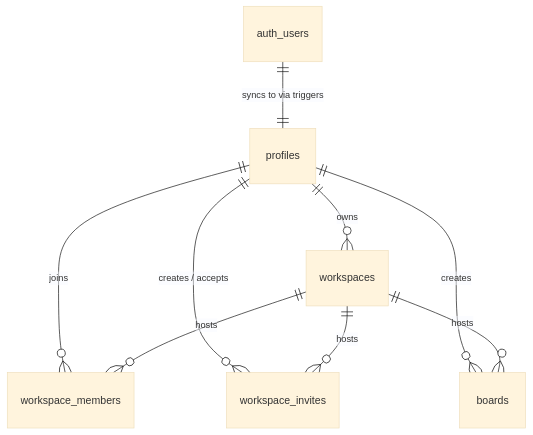
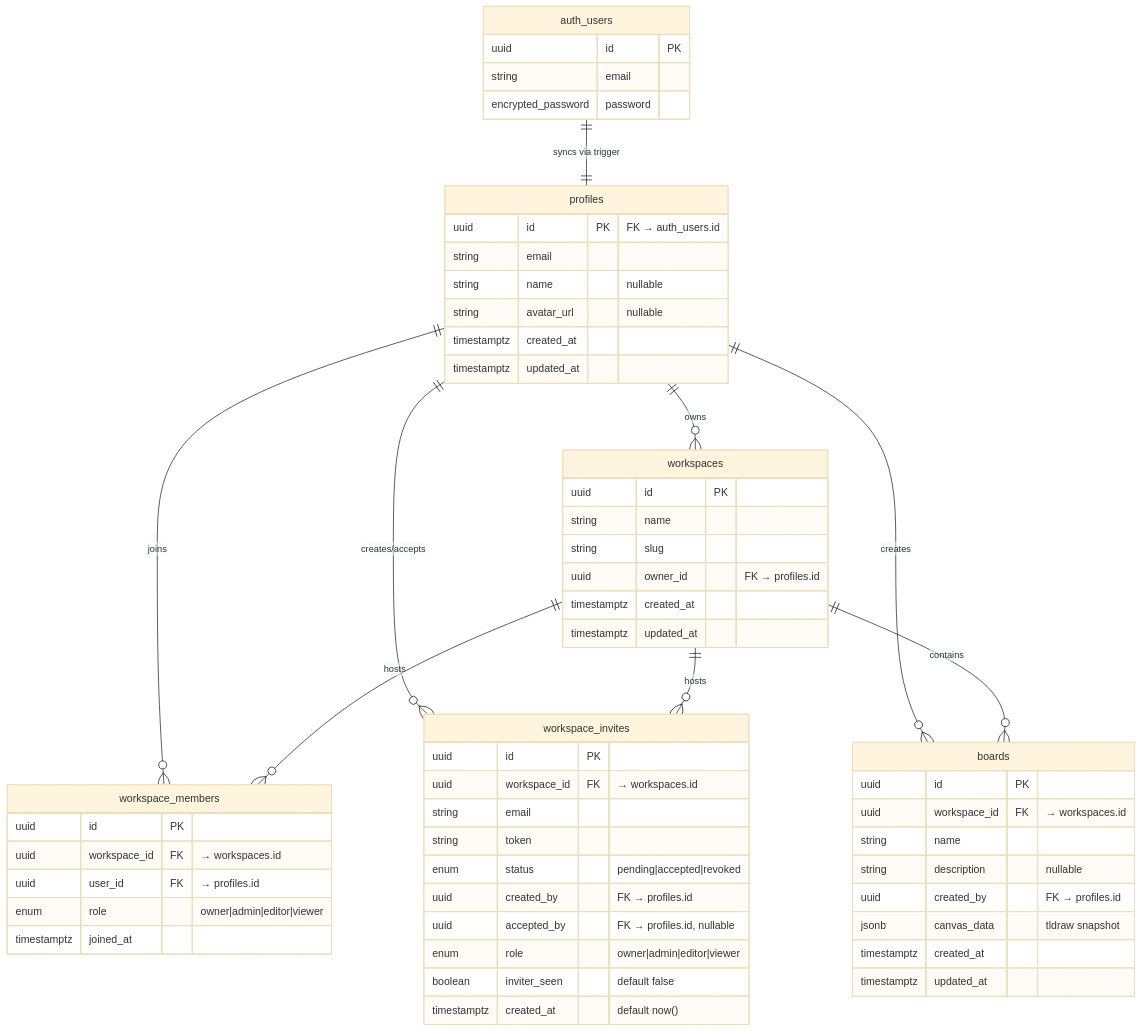
The third of 4 diagrams in README.md (tushar-180/WhiteBoardSaaS2), drawn with Mermaid (base theme) before and after one commit. The commit also changed other lines of this file and 10 other files, not shown here.

Commit message:
docs: update documentation structure and project architecture guides while adding new code review report file

````diff
--- a/README.md
+++ b/README.md
@@ -89,12 +216,68 @@
 ```mermaid
 erDiagram
-    auth_users ||--|| profiles : "syncs to via triggers"
+    auth_users ||--|| profiles : "syncs via trigger"
     profiles ||--o{ workspaces : "owns"
     profiles ||--o{ workspace_members : "joins"
-    profiles ||--o{ workspace_invites : "creates / accepts"
+    profiles ||--o{ workspace_invites : "creates/accepts"
     profiles ||--o{ boards : "creates"
 
     workspaces ||--o{ workspace_members : "hosts"
     workspaces ||--o{ workspace_invites : "hosts"
-    workspaces ||--o{ boards : "hosts"
+    workspaces ||--o{ boards : "contains"
+
+    auth_users {
+        uuid id PK
+        string email
+        encrypted_password password
+    }
+
+    profiles {
+        uuid id PK "FK → auth_users.id"
+        string email
+        string name "nullable"
+        string avatar_url "nullable"
+        timestamptz created_at
+        timestamptz updated_at
+    }
+
+    workspaces {
+        uuid id PK
+        string name
+        string slug
+        uuid owner_id "FK → profiles.id"
+        timestamptz created_at
+        timestamptz updated_at
+    }
+
+    workspace_members {
+        uuid id PK
+        uuid workspace_id FK "→ workspaces.id"
+        uuid user_id FK "→ profiles.id"
+        enum role "owner|admin|editor|viewer"
+        timestamptz joined_at
+    }
+
+    workspace_invites {
+        uuid id PK
+        uuid workspace_id FK "→ workspaces.id"
+        string email
+        string token
+        enum status "pending|accepted|revoked"
+        uuid created_by "FK → profiles.id"
+        uuid accepted_by "FK → profiles.id, nullable"
+        enum role "owner|admin|editor|viewer"
+        boolean inviter_seen "default false"
+        timestamptz created_at "default now()"
+    }
+
+    boards {
+        uuid id PK
+        uuid workspace_id FK "→ workspaces.id"
+        string name
+        string description "nullable"
+        uuid created_by "FK → profiles.id"
+        jsonb canvas_data "tldraw snapshot"
+        timestamptz created_at
+        timestamptz updated_at
+    }
 ```
````
